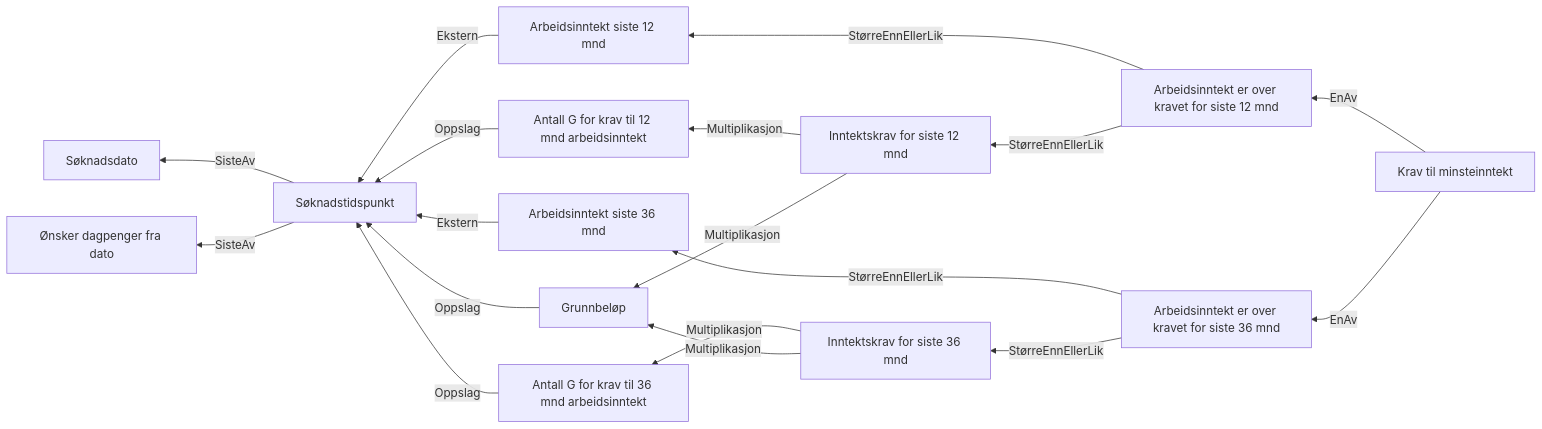
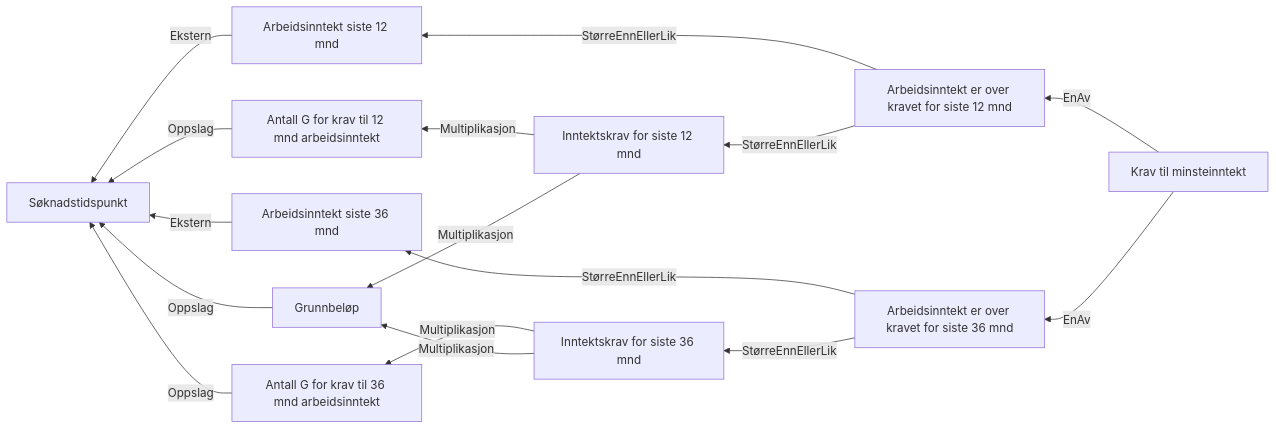
One commit to navikt/dp-vedtak changed the diagram in docs/regler/§ 4-4. Krav til minsteinntekt.approved.md. Above: the diagram before and after it, drawn with Mermaid. The commit also changed other lines of this file and 10 other files, not shown here.

````diff
--- a/docs/regler/§ 4-4. Krav til minsteinntekt.approved.md
+++ b/docs/regler/§ 4-4. Krav til minsteinntekt.approved.md
@@ -5,20 +5,18 @@
 ```mermaid
-graph RL
+                    graph RL
   A["Grunnbeløp"] -->|Oppslag| B["Søknadstidspunkt"]
   C["Arbeidsinntekt siste 12 mnd"] -->|Ekstern| B["Søknadstidspunkt"]
   D["Antall G for krav til 12 mnd arbeidsinntekt"] -->|Oppslag| B["Søknadstidspunkt"]
   E["Inntektskrav for siste 12 mnd"] -->|Multiplikasjon| D["Antall G for krav til 12 mnd arbeidsinntekt"]
   E["Inntektskrav for siste 12 mnd"] -->|Multiplikasjon| A["Grunnbeløp"]
   F["Arbeidsinntekt er over kravet for siste 12 mnd"] -->|StørreEnnEllerLik| C["Arbeidsinntekt siste 12 mnd"]
   F["Arbeidsinntekt er over kravet for siste 12 mnd"] -->|StørreEnnEllerLik| E["Inntektskrav for siste 12 mnd"]
   G["Arbeidsinntekt siste 36 mnd"] -->|Ekstern| B["Søknadstidspunkt"]
   H["Antall G for krav til 36 mnd arbeidsinntekt"] -->|Oppslag| B["Søknadstidspunkt"]
   I["Inntektskrav for siste 36 mnd"] -->|Multiplikasjon| H["Antall G for krav til 36 mnd arbeidsinntekt"]
   I["Inntektskrav for siste 36 mnd"] -->|Multiplikasjon| A["Grunnbeløp"]
   J["Arbeidsinntekt er over kravet for siste 36 mnd"] -->|StørreEnnEllerLik| G["Arbeidsinntekt siste 36 mnd"]
   J["Arbeidsinntekt er over kravet for siste 36 mnd"] -->|StørreEnnEllerLik| I["Inntektskrav for siste 36 mnd"]
   K["Krav til minsteinntekt"] -->|EnAv| F["Arbeidsinntekt er over kravet for siste 12 mnd"]
   K["Krav til minsteinntekt"] -->|EnAv| J["Arbeidsinntekt er over kravet for siste 36 mnd"]
-  B["Søknadstidspunkt"] -->|SisteAv| L["Søknadsdato"]
-  B["Søknadstidspunkt"] -->|SisteAv| M["Ønsker dagpenger fra dato"]
 ```
````
